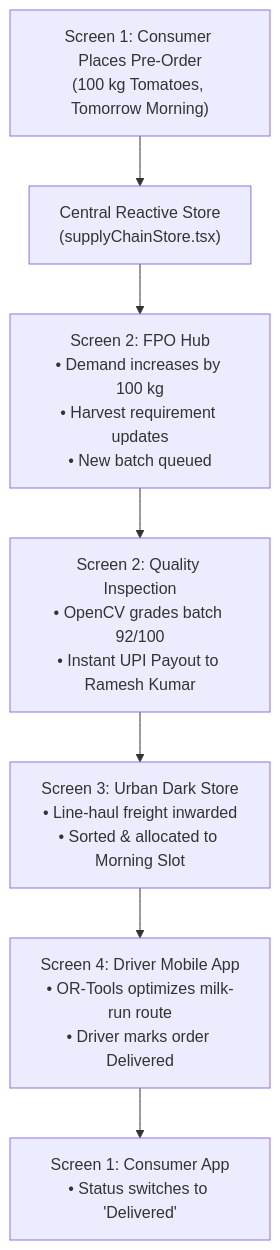
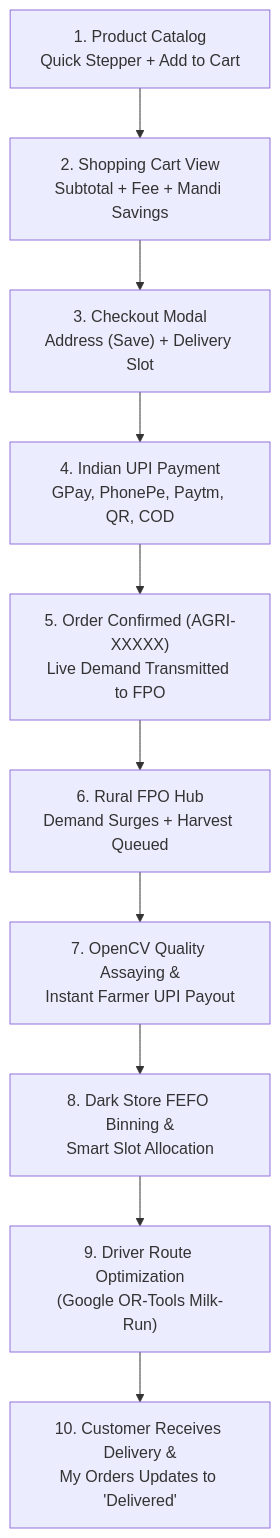
Before and after one commit to Guruprasad778/agrodirect: the diagram in README.md, drawn with Mermaid. The commit also changed other lines of this file and 35 other files, not shown here.

````diff
--- a/README.md
+++ b/README.md
@@ -89,9 +37,12 @@
 ```mermaid
 flowchart TD
-    A["Screen 1: Consumer Places Pre-Order<br/>(100 kg Tomatoes, Tomorrow Morning)"] --> B["Central Reactive Store<br/>(supplyChainStore.tsx)"]
-    B --> C["Screen 2: FPO Hub<br/>• Demand increases by 100 kg<br/>• Harvest requirement updates<br/>• New batch queued"]
-    C --> D["Screen 2: Quality Inspection<br/>• OpenCV grades batch 92/100<br/>• Instant UPI Payout to Ramesh Kumar"]
-    D --> E["Screen 3: Urban Dark Store<br/>• Line-haul freight inwarded<br/>• Sorted & allocated to Morning Slot"]
-    E --> F["Screen 4: Driver Mobile App<br/>• OR-Tools optimizes milk-run route<br/>• Driver marks order Delivered"]
-    F --> G["Screen 1: Consumer App<br/>• Status switches to 'Delivered'"]
+    A["1. Product Catalog<br/>Quick Stepper + Add to Cart"] --> B["2. Shopping Cart View<br/>Subtotal + Fee + Mandi Savings"]
+    B --> C["3. Checkout Modal<br/>Address (Save) + Delivery Slot"]
+    C --> D["4. Indian UPI Payment<br/>GPay, PhonePe, Paytm, QR, COD"]
+    D --> E["5. Order Confirmed (AGRI-XXXXX)<br/>Live Demand Transmitted to FPO"]
+    E --> F["6. Rural FPO Hub<br/>Demand Surges + Harvest Queued"]
+    F --> G["7. OpenCV Quality Assaying &<br/>Instant Farmer UPI Payout"]
+    G --> H["8. Dark Store FEFO Binning &<br/>Smart Slot Allocation"]
+    H --> I["9. Driver Route Optimization<br/>(Google OR-Tools Milk-Run)"]
+    I --> J["10. Customer Receives Delivery &<br/>My Orders Updates to 'Delivered'"]
 ```
````
